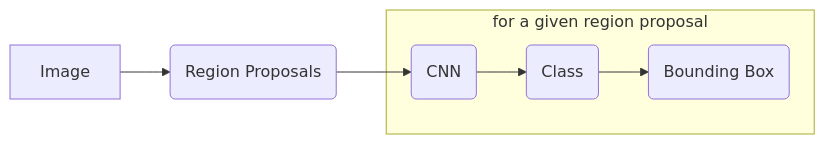
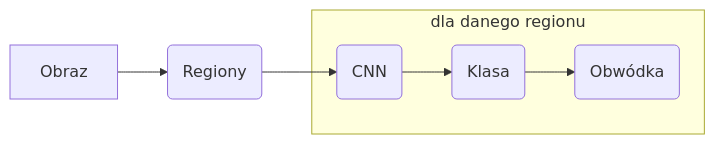
One commit to rzadp/badminton-monorepo changed the diagram in thesis/chapters/podejscie/mask_r-cnn/r-cnn.mmd. Above: the diagram before and after it, drawn with Mermaid. The commit also changed 3 other files, not shown here.

```diff
--- a/thesis/chapters/podejscie/mask_r-cnn/r-cnn.mmd
+++ b/thesis/chapters/podejscie/mask_r-cnn/r-cnn.mmd
@@ -1,22 +1,22 @@
 graph LR
 
 %% ...::: NODES :::...
 
-input[Image]
-region_proposals(Region Proposals)
+input[Obraz]
+region_proposals(Regiony)
 cnn(CNN)
-svm_classification(Class)
-bounding_box_improvement(Bounding Box)
+svm_classification(Klasa)
+bounding_box_improvement(Obwódka)
 
 %% ...::: STYLING :::...
 
 %% style input fill:#bddaff,stroke:#4294ff
 
 %% ...::: FLOWS :::...
 
 input-->region_proposals
 region_proposals-->cnn
-subgraph for a given region proposal
+subgraph dla danego regionu
   cnn-->svm_classification
   svm_classification-->bounding_box_improvement
 end
```
